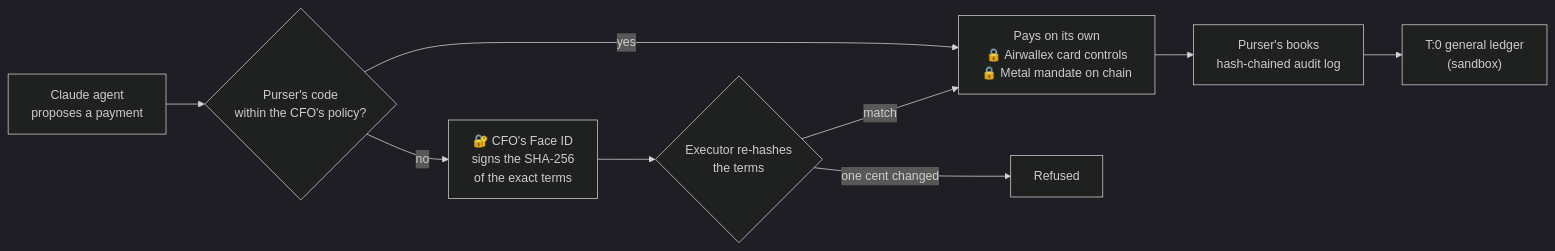
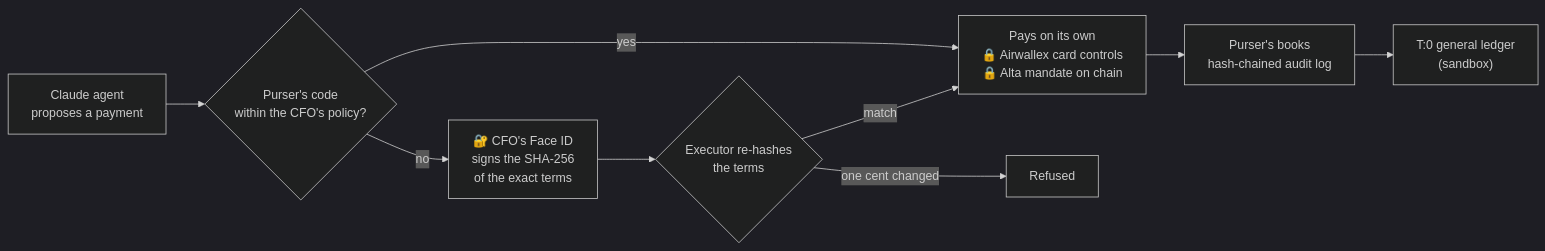
The diagram in docs/in-depth.md (agamemnon-coder/x402-business-agents), drawn with Mermaid (dark theme) before and after one commit. The commit also changed other lines of this file and 270 other files, not shown here.

First line of the commit message:
Metal is now Alta: the site, Cloud, README and form say Alta; /alta serves /metal's page (#314)

````diff
--- a/docs/in-depth.md
+++ b/docs/in-depth.md
@@ -35,11 +35,11 @@
 ```mermaid
 flowchart LR
   A["Claude agent<br/>proposes a payment"] --> P{"Purser's code<br/>within the CFO's policy?"}
-  P -- "yes" --> L["Pays on its own<br/>🔒 Airwallex card controls<br/>🔒 Metal mandate on chain"]
+  P -- "yes" --> L["Pays on its own<br/>🔒 Airwallex card controls<br/>🔒 Alta mandate on chain"]
   P -- "no" --> F["🔐 CFO's Face ID<br/>signs the SHA-256<br/>of the exact terms"]
   F --> X{"Executor re-hashes<br/>the terms"}
   X -- "one cent changed" --> N["Refused"]
   X -- "match" --> L
   L --> B["Purser's books<br/>hash-chained audit log"]
   B --> T["T:0 general ledger<br/>(sandbox)"]
 ```
````
